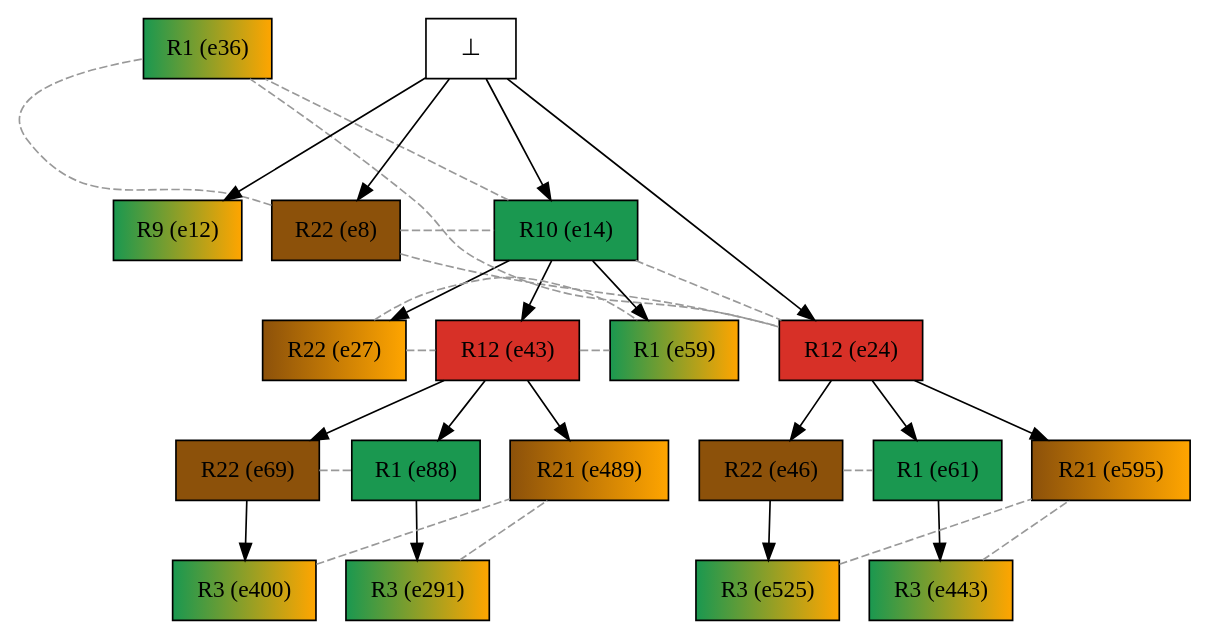
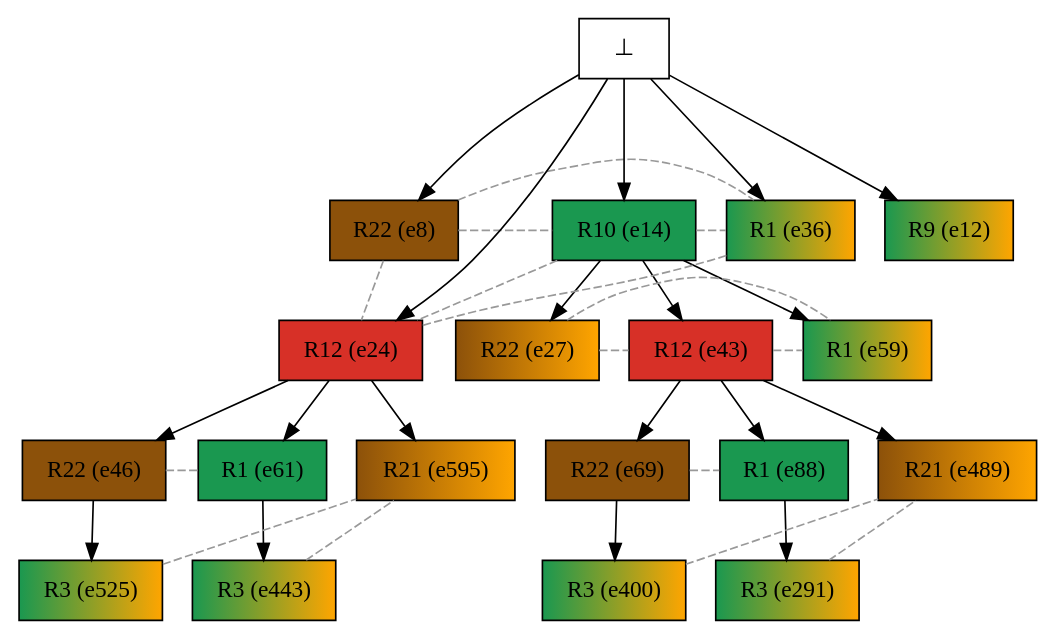
The diagram in examples/oursin_tasmanie/mrk_instances/urc2alg+/sorted/tasmanie_urc2alg_19-30confs/tasmanie_urc2alg_19-30confs_colored_pathway.dot (giannkas/ecofolder), drawn with Graphviz before and after one commit.

Commit message:
conflict solved with 19-30 file case urc2alg example

```diff
--- a/examples/oursin_tasmanie/mrk_instances/urc2alg+/sorted/tasmanie_urc2alg_19-30confs/tasmanie_urc2alg_19-30confs_colored_pathway.dot
+++ b/examples/oursin_tasmanie/mrk_instances/urc2alg+/sorted/tasmanie_urc2alg_19-30confs/tasmanie_urc2alg_19-30confs_colored_pathway.dot
@@ -1,57 +1,58 @@
 digraph test {
 
 //conflicts
   e8 -> e14 [arrowhead=none color=gray60 style=dashed constraint=false];
   e8 -> e24 [arrowhead=none color=gray60 style=dashed constraint=false];
   e8 -> e36 [arrowhead=none color=gray60 style=dashed constraint=false];
   e14 -> e24 [arrowhead=none color=gray60 style=dashed constraint=false];
   e14 -> e36 [arrowhead=none color=gray60 style=dashed constraint=false];
   e24 -> e36 [arrowhead=none color=gray60 style=dashed constraint=false];
   e27 -> e43 [arrowhead=none color=gray60 style=dashed constraint=false];
   e27 -> e59 [arrowhead=none color=gray60 style=dashed constraint=false];
   e43 -> e59 [arrowhead=none color=gray60 style=dashed constraint=false];
   e46 -> e61 [arrowhead=none color=gray60 style=dashed constraint=false];
   e69 -> e88 [arrowhead=none color=gray60 style=dashed constraint=false];
   e291 -> e489 [arrowhead=none color=gray60 style=dashed constraint=false];
   e400 -> e489 [arrowhead=none color=gray60 style=dashed constraint=false];
   e443 -> e595 [arrowhead=none color=gray60 style=dashed constraint=false];
   e525 -> e595 [arrowhead=none color=gray60 style=dashed constraint=false];
 
   e14 -> e27 [minlen=1];
   e14 -> e59 [minlen=1];
   e88 -> e291 [minlen=1];
   e43 -> e88 [minlen=1];
   e14 -> e43 [minlen=1];
   e69 -> e400 [minlen=1];
   e43 -> e69 [minlen=1];
   e61 -> e443 [minlen=1];
   e24 -> e61 [minlen=1];
   e43 -> e489 [minlen=1];
   e46 -> e525 [minlen=1];
   e24 -> e46 [minlen=1];
   e24 -> e595 [minlen=1];
   e0 -> e8 [minlen=2];
   e0 -> e12 [minlen=2];
   e0 -> e14 [minlen=2];
   e0 -> e24 [minlen=3];
+  e0 -> e36 [minlen=2];
 
   e8 [color="black" fillcolor="#8c510a:#8c510a" label="R22 (e8)" shape=box style=filled];
   e12 [color="black" fillcolor="#1a9850:orange" label="R9 (e12)" shape=box style=filled];
   e14 [color="black" fillcolor="#1a9850:#1a9850" label="R10 (e14)" shape=box style=filled];
   e24 [color="black" fillcolor="#d73027:#d73027" label="R12 (e24)" shape=box style=filled];
   e27 [color="black" fillcolor="#8c510a:orange" label="R22 (e27)" shape=box style=filled];
   e36 [color="black" fillcolor="#1a9850:orange" label="R1 (e36)" shape=box style=filled];
   e43 [color="black" fillcolor="#d73027:#d73027" label="R12 (e43)" shape=box style=filled];
   e46 [color="black" fillcolor="#8c510a:#8c510a" label="R22 (e46)" shape=box style=filled];
   e59 [color="black" fillcolor="#1a9850:orange" label="R1 (e59)" shape=box style=filled];
   e61 [color="black" fillcolor="#1a9850:#1a9850" label="R1 (e61)" shape=box style=filled];
   e69 [color="black" fillcolor="#8c510a:#8c510a" label="R22 (e69)" shape=box style=filled];
   e88 [color="black" fillcolor="#1a9850:#1a9850" label="R1 (e88)" shape=box style=filled];
   e291 [color="black" fillcolor="#1a9850:orange" label="R3 (e291)" shape=box style=filled];
   e400 [color="black" fillcolor="#1a9850:orange" label="R3 (e400)" shape=box style=filled];
   e443 [color="black" fillcolor="#1a9850:orange" label="R3 (e443)" shape=box style=filled];
   e489 [color="black" fillcolor="#8c510a:orange" label="R21 (e489)" shape=box style=filled];
   e525 [color="black" fillcolor="#1a9850:orange" label="R3 (e525)" shape=box style=filled];
   e595 [color="black" fillcolor="#8c510a:orange" label="R21 (e595)" shape=box style=filled];
   e0 [fillcolor="white" label="⊥" shape=box style=filled];
 }
```
